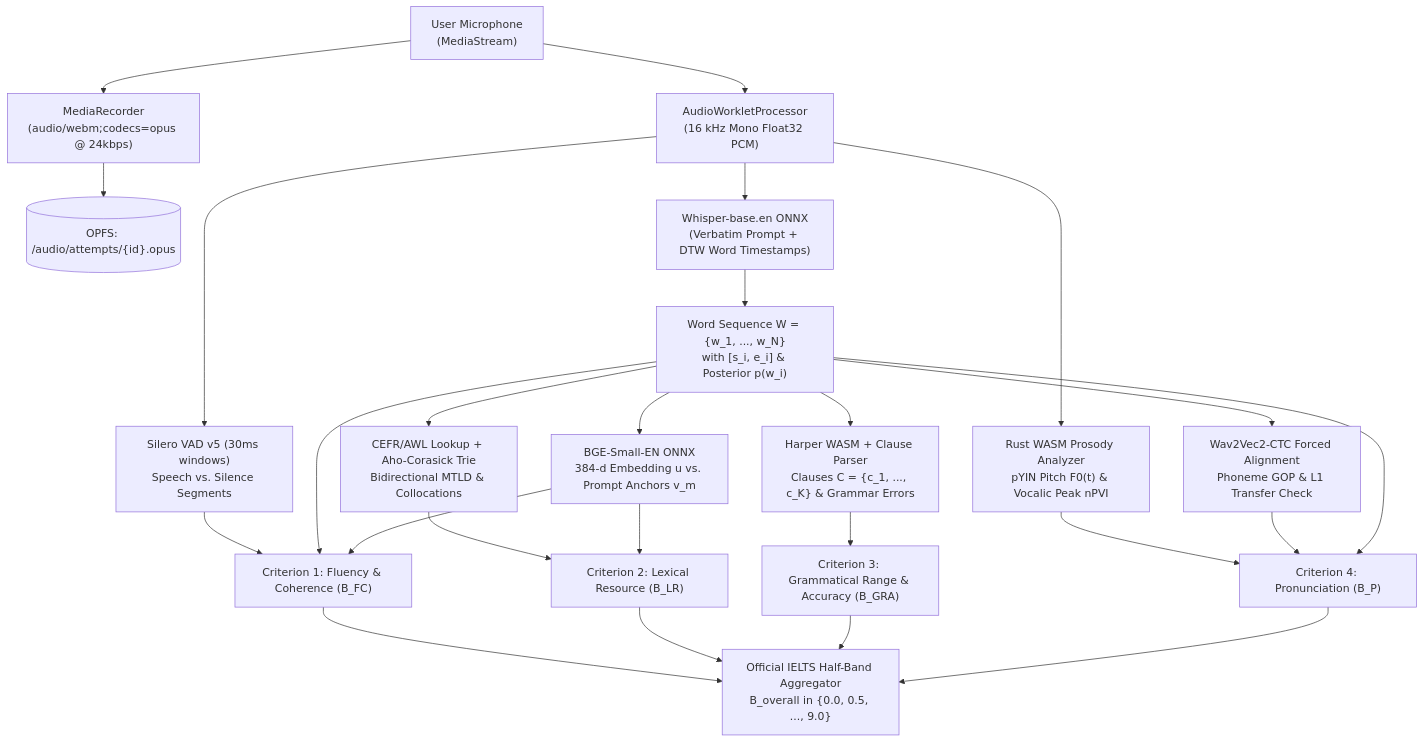
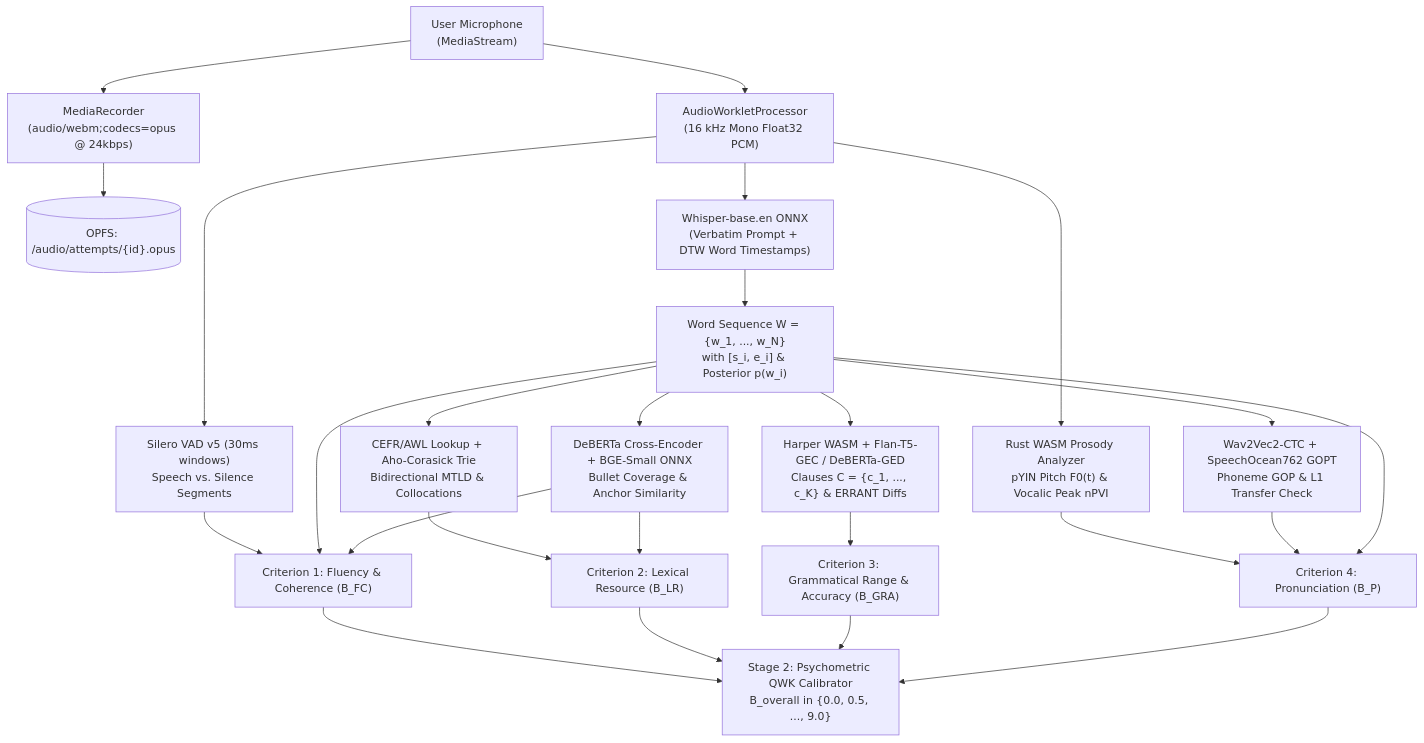
Before and after one commit to rafaelatantya/ielts: the sixth of 10 diagrams in megaplan.md, drawn with Mermaid. The commit also changed other lines of this file and 1 other file, not shown here.

````diff
--- a/megaplan.md
+++ b/megaplan.md
@@ -370,23 +370,23 @@
 ```mermaid
 flowchart TD
     MIC["User Microphone<br/>(MediaStream)"] --> WORKLET["AudioWorkletProcessor<br/>(16 kHz Mono Float32 PCM)"]
     MIC --> REC["MediaRecorder<br/>(audio/webm;codecs=opus @ 24kbps)"]
     REC --> OPFS_AUD[("OPFS: /audio/attempts/{id}.opus")]
 
     WORKLET --> VAD["Silero VAD v5 (30ms windows)<br/>Speech vs. Silence Segments"]
     WORKLET --> PROSODY["Rust WASM Prosody Analyzer<br/>pYIN Pitch F0(t) & Vocalic Peak nPVI"]
     WORKLET --> WHISPER["Whisper-base.en ONNX<br/>(Verbatim Prompt + DTW Word Timestamps)"]
 
     WHISPER --> TOKENS["Word Sequence W = {w_1, ..., w_N}<br/>with [s_i, e_i] & Posterior p(w_i)"]
-    TOKENS --> GOP["Wav2Vec2-CTC Forced Alignment<br/>Phoneme GOP & L1 Transfer Check"]
-    TOKENS --> HARPER["Harper WASM + Clause Parser<br/>Clauses C = {c_1, ..., c_K} & Grammar Errors"]
+    TOKENS --> GOP["Wav2Vec2-CTC + SpeechOcean762 GOPT<br/>Phoneme GOP & L1 Transfer Check"]
+    TOKENS --> HARPER["Harper WASM + Flan-T5-GEC / DeBERTa-GED<br/>Clauses C = {c_1, ..., c_K} & ERRANT Diffs"]
     TOKENS --> LEX["CEFR/AWL Lookup + Aho-Corasick Trie<br/>Bidirectional MTLD & Collocations"]
-    TOKENS --> BGE["BGE-Small-EN ONNX<br/>384-d Embedding u vs. Prompt Anchors v_m"]
+    TOKENS --> BGE["DeBERTa Cross-Encoder + BGE-Small ONNX<br/>Bullet Coverage & Anchor Similarity"]
 
     VAD & TOKENS & BGE --> FC["Criterion 1: Fluency & Coherence (B_FC)"]
     LEX & BGE --> LR["Criterion 2: Lexical Resource (B_LR)"]
     HARPER --> GRA["Criterion 3: Grammatical Range & Accuracy (B_GRA)"]
     PROSODY & GOP & TOKENS --> PRON["Criterion 4: Pronunciation (B_P)"]
 
-    FC & LR & GRA & PRON --> FINAL["Official IELTS Half-Band Aggregator<br/>B_overall in {0.0, 0.5, ..., 9.0}"]
+    FC & LR & GRA & PRON --> FINAL["Stage 2: Psychometric QWK Calibrator<br/>B_overall in {0.0, 0.5, ..., 9.0}"]
 ```
````
